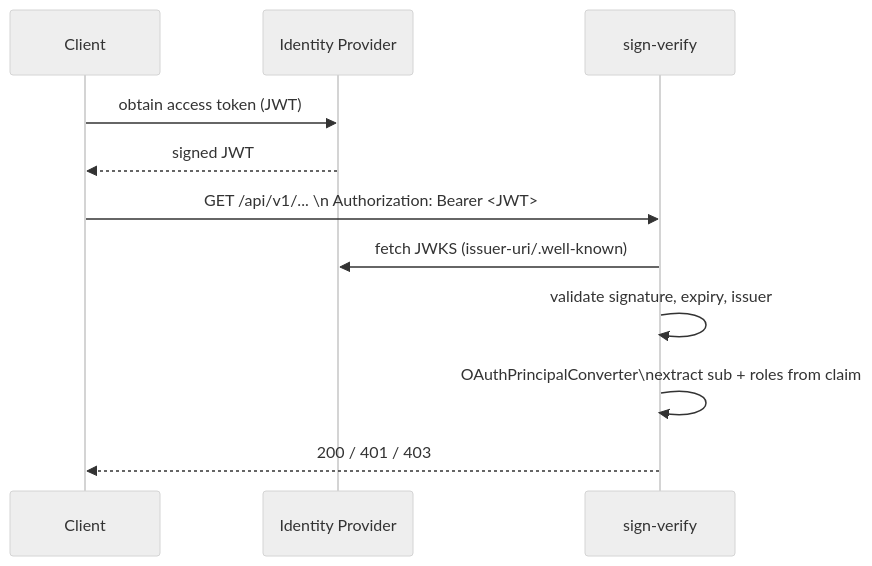
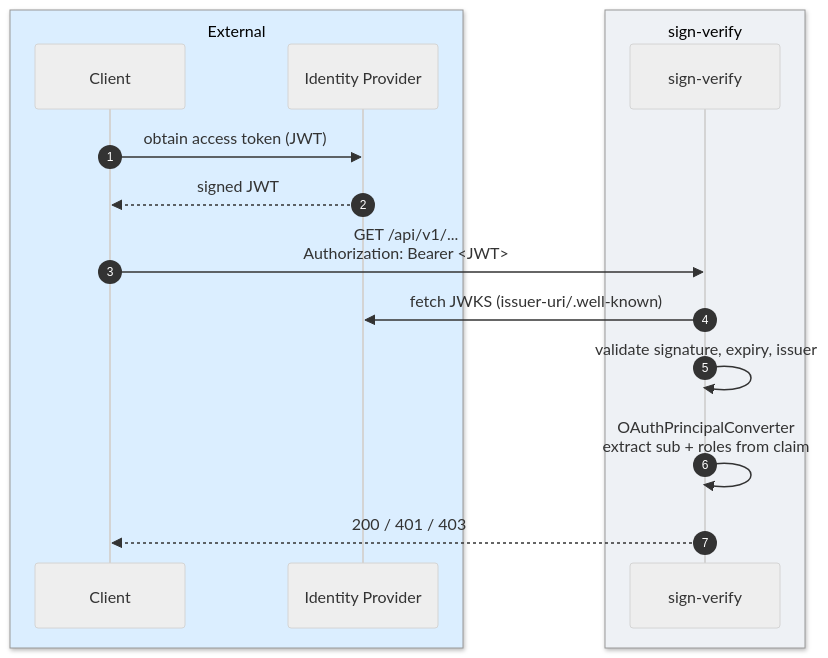
The second of 2 diagrams in docs/en/03-authentication.md (toresoft/sign-verify), drawn with Mermaid (neutral theme) before and after one commit. The commit also changed other lines of this file and 23 other files, not shown here.

First line of the commit message:
docs: expand EN/IT guides with glossary and component-map diagram

````diff
--- a/docs/en/03-authentication.md
+++ b/docs/en/03-authentication.md
@@ -188,13 +207,18 @@
 ```mermaid
 sequenceDiagram
+    autonumber
+    box rgb(219,238,255) External
     participant C as Client
     participant IdP as Identity Provider
+    end
+    box rgb(238,241,245) sign-verify
     participant S as sign-verify
+    end
     C->>IdP: obtain access token (JWT)
     IdP-->>C: signed JWT
-    C->>S: GET /api/v1/... \n Authorization: Bearer <JWT>
+    C->>S: GET /api/v1/...<br/>Authorization: Bearer <JWT>
     S->>IdP: fetch JWKS (issuer-uri/.well-known)
     S->>S: validate signature, expiry, issuer
-    S->>S: OAuthPrincipalConverter\nextract sub + roles from claim
+    S->>S: OAuthPrincipalConverter<br/>extract sub + roles from claim
     S-->>C: 200 / 401 / 403
 ```
````
